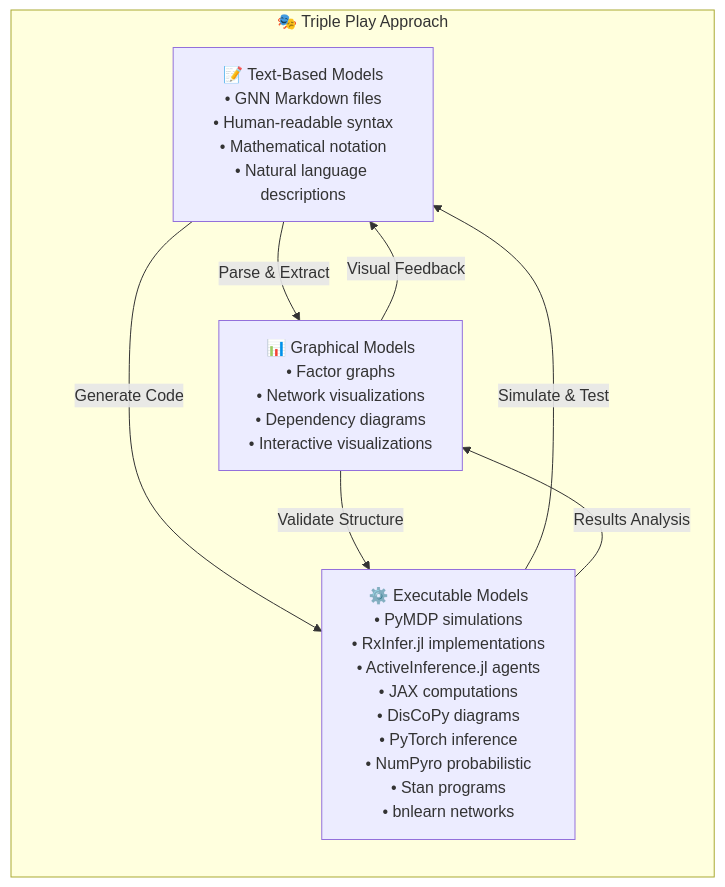
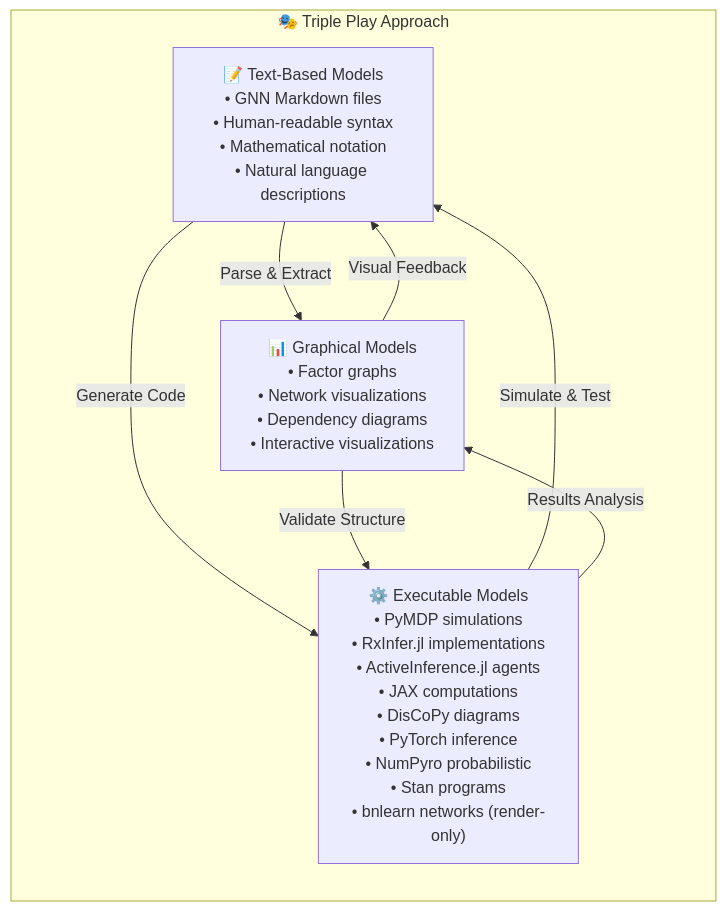
The first of 8 diagrams in README.md (ActiveInferenceInstitute/GeneralizedNotationNotation), drawn with Mermaid before and after one commit. The commit also changed other lines of this file and 253 other files, not shown here.

````diff
--- a/README.md
+++ b/README.md
@@ -186,19 +186,19 @@
 ```mermaid
 graph LR
     subgraph "🎭 Triple Play Approach"
         A["📝 Text-Based Models<br/>• GNN Markdown files<br/>• Human-readable syntax<br/>• Mathematical notation<br/>• Natural language descriptions"]
         
         B["📊 Graphical Models<br/>• Factor graphs<br/>• Network visualizations<br/>• Dependency diagrams<br/>• Interactive visualizations"]
         
-        C["⚙️ Executable Models<br/>• PyMDP simulations<br/>• RxInfer.jl implementations<br/>• ActiveInference.jl agents<br/>• JAX computations<br/>• DisCoPy diagrams<br/>• PyTorch inference<br/>• NumPyro probabilistic<br/>• Stan programs<br/>• bnlearn networks"]
+        C["⚙️ Executable Models<br/>• PyMDP simulations<br/>• RxInfer.jl implementations<br/>• ActiveInference.jl agents<br/>• JAX computations<br/>• DisCoPy diagrams<br/>• PyTorch inference<br/>• NumPyro probabilistic<br/>• Stan programs<br/>• bnlearn networks (render-only)"]
     end
     
     A -->|Parse & Extract| B
     A -->|Generate Code| C
     B -->|Validate Structure| C
     C -->|Simulate & Test| A
     B -->|Visual Feedback| A
     C -->|Results Analysis| B
     
     %% styling intentionally omitted (theme-controlled)
 ```
````
